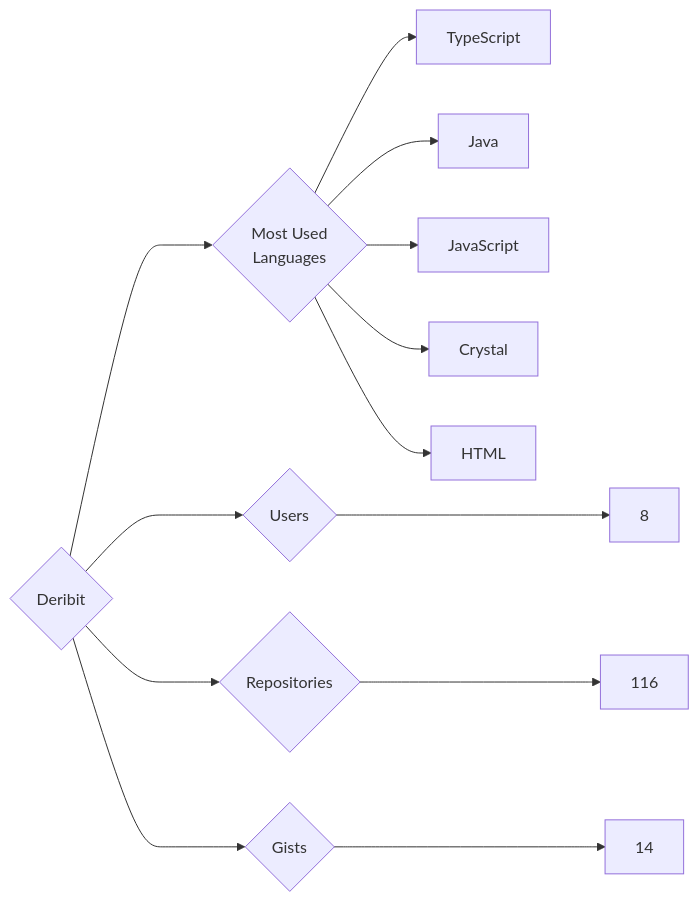
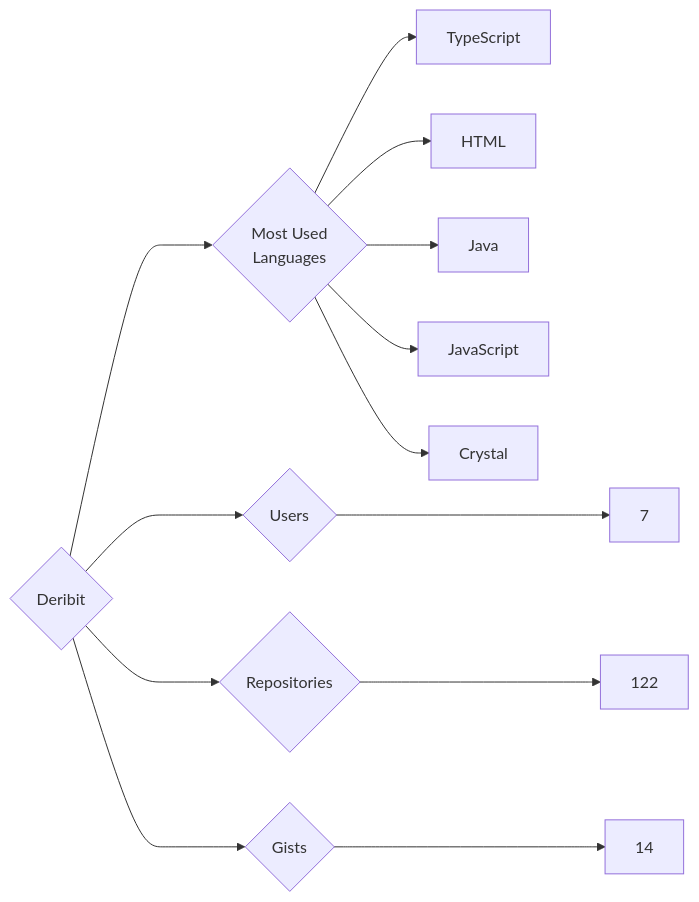
Before and after one commit to trickest/insiders: the diagram in targets/Deribit/README.md, drawn with Mermaid. The commit also changed 1175 other files, not shown here.

````diff
--- a/targets/Deribit/README.md
+++ b/targets/Deribit/README.md
@@ -3,13 +3,13 @@
 ```mermaid
 graph LR
 COMPANY_NAME{Deribit}
-COMPANY_NAME ---> U{Users} ---> UN[8]
-COMPANY_NAME ---> R{Repositories} ---> RN[116]
+COMPANY_NAME ---> U{Users} ---> UN[7]
+COMPANY_NAME ---> R{Repositories} ---> RN[122]
 COMPANY_NAME ---> G{Gists} ---> GN[14]
 COMPANY_NAME ---> ML{Most Used<br>Languages}
 ML --> TypeScript[TypeScript]
+ML --> HTML[HTML]
 ML --> Java[Java]
 ML --> JavaScript[JavaScript]
 ML --> Crystal[Crystal]
-ML --> HTML[HTML]
 ```
````
